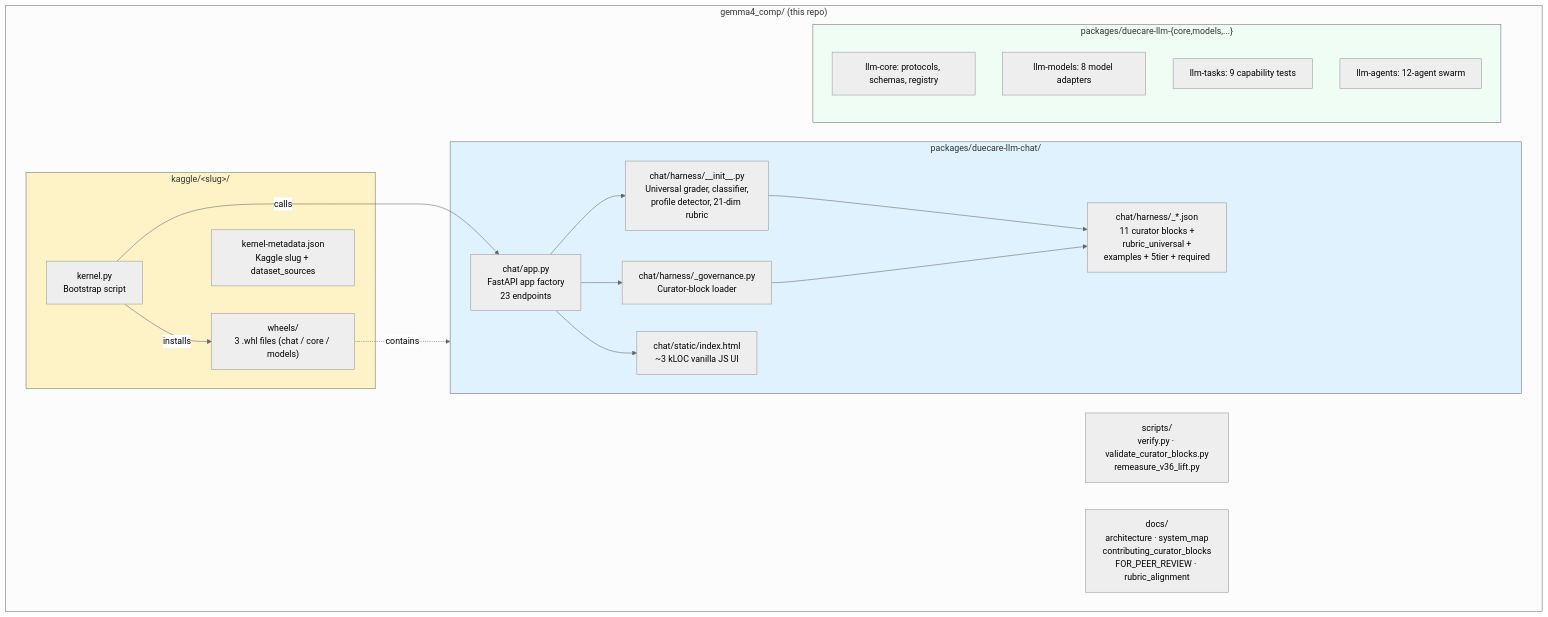
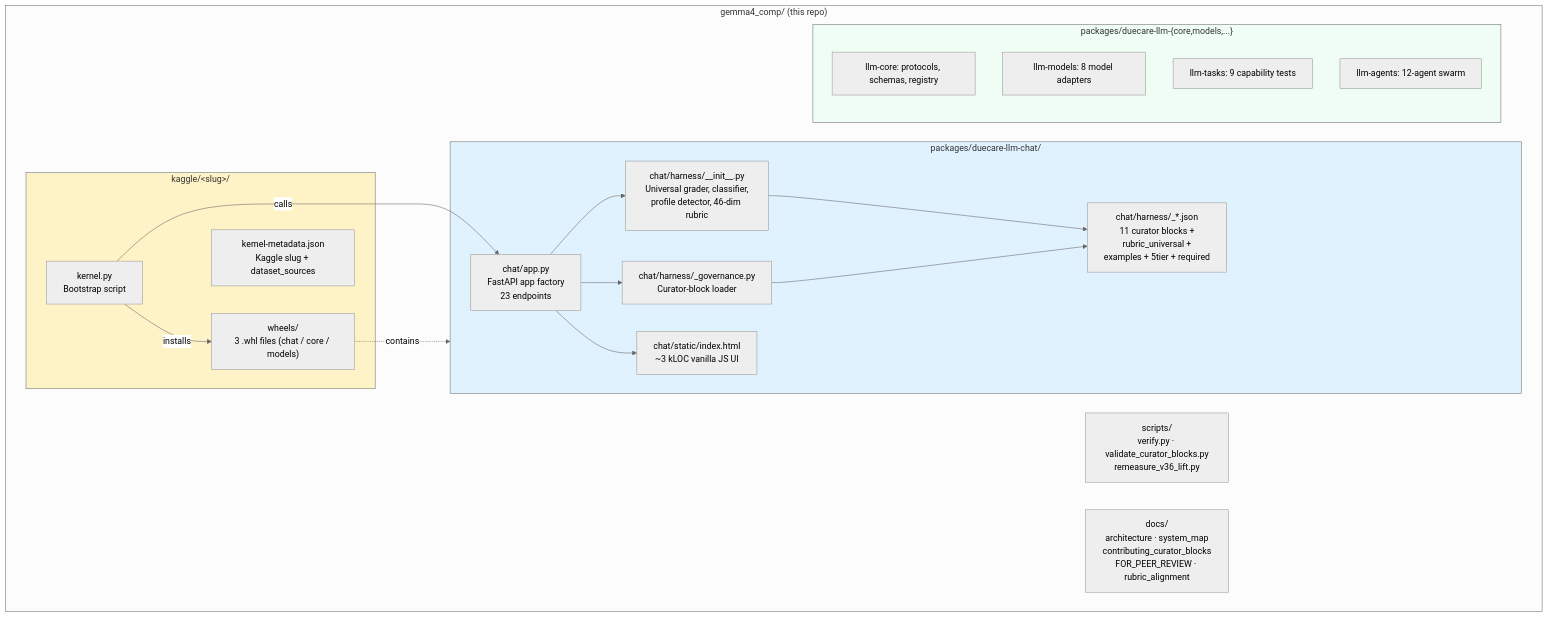
One commit to TaylorAmarelTech/gemma4_comp changed the diagram in docs/component_diagram.md. Above: the diagram before and after it, drawn with Mermaid (neutral theme). The commit also changed other lines of this file and 279 other files, not shown here.

````diff
--- a/docs/component_diagram.md
+++ b/docs/component_diagram.md
@@ -18,38 +30,38 @@
 ```mermaid
 graph TB
   subgraph repo["gemma4_comp/ (this repo)"]
     subgraph chatpkg["packages/duecare-llm-chat/"]
       app["chat/app.py<br/>FastAPI app factory<br/>23 endpoints"]
       static["chat/static/index.html<br/>~3 kLOC vanilla JS UI"]
-      harness["chat/harness/__init__.py<br/>Universal grader, classifier,<br/>profile detector, 21-dim rubric"]
+      harness["chat/harness/__init__.py<br/>Universal grader, classifier,<br/>profile detector, 46-dim rubric"]
       gov["chat/harness/_governance.py<br/>Curator-block loader"]
       json_curator["chat/harness/_*.json<br/>11 curator blocks +<br/>rubric_universal +<br/>examples + 5tier + required"]
     end
     subgraph kaggle["kaggle/&lt;slug&gt;/"]
       kpy["kernel.py<br/>Bootstrap script"]
       wheels["wheels/<br/>3 .whl files (chat / core / models)"]
       kmeta["kernel-metadata.json<br/>Kaggle slug + dataset_sources"]
     end
     subgraph siblingpkgs["packages/duecare-llm-{core,models,...}"]
       core["llm-core: protocols, schemas, registry"]
       models["llm-models: 8 model adapters"]
       tasks["llm-tasks: 9 capability tests"]
       agents["llm-agents: 12-agent swarm"]
     end
     scripts["scripts/<br/>verify.py · validate_curator_blocks.py<br/>remeasure_v36_lift.py"]
     docs["docs/<br/>architecture · system_map<br/>contributing_curator_blocks<br/>FOR_PEER_REVIEW · rubric_alignment"]
   end
 
   app --> harness
   app --> gov
   harness --> json_curator
   gov --> json_curator
   app --> static
   kpy -->|"installs"| wheels
   wheels -.->|"contains"| chatpkg
   kpy -->|"calls"| app
 
   style chatpkg fill:#e0f2fe
   style kaggle fill:#fef3c7
   style siblingpkgs fill:#f0fdf4
 ```
````
